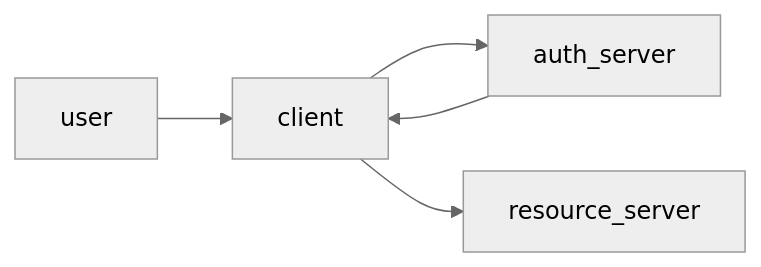
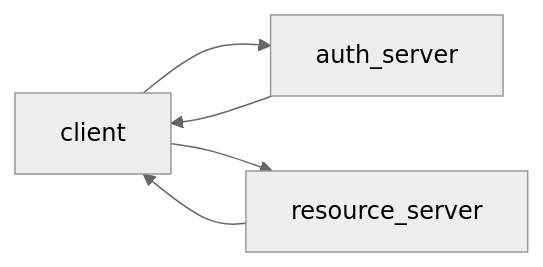
The first of 3 diagrams in README.md (DanieleDotto/bsc-oAuth2), drawn with Mermaid (neutral theme) before and after one commit. The commit also changed other lines of this file, not shown here.

````diff
--- a/README.md
+++ b/README.md
@@ -4,9 +10,12 @@
 ```mermaid
 flowchart LR;
 
-user --> client
+client[client]
+auth_server[auth_server]
+resource_server[resource_server]
+
 
 client --> auth_server --> client
-client --> resource_server
+client --> resource_server --> client
 
 ```
````
